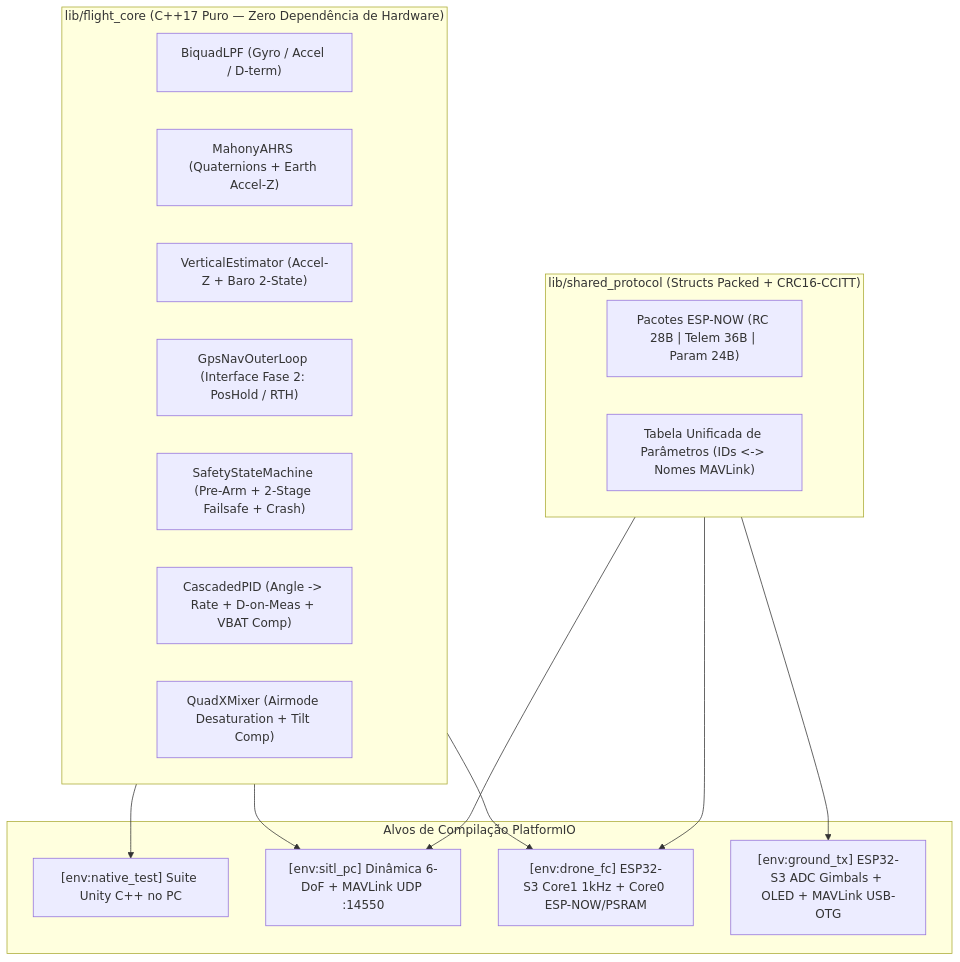
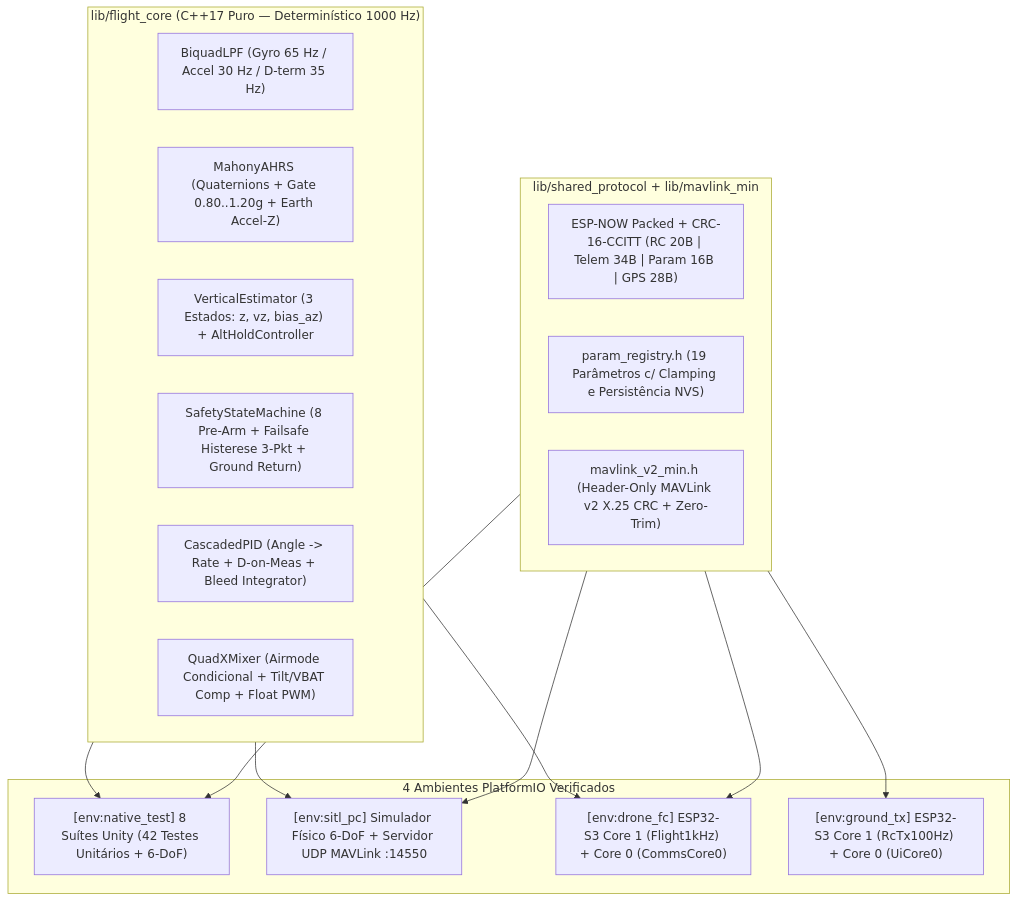
The first of 2 diagrams in docs/arquitetura_software_esp32s3.md (CaioPSSS/esp32s3-quad450), drawn with Mermaid before and after one commit. The commit also changed other lines of this file and 28 other files, not shown here.

````diff
--- a/docs/arquitetura_software_esp32s3.md
+++ b/docs/arquitetura_software_esp32s3.md
@@ -14,31 +11,32 @@
 ```mermaid
 flowchart TB
-    subgraph CORE ["lib/flight_core (C++17 Puro — Zero Dependência de Hardware)"]
-        FILT["BiquadLPF (Gyro / Accel / D-term)"]
-        AHRS["MahonyAHRS (Quaternions + Earth Accel-Z)"]
-        ALT["VerticalEstimator (Accel-Z + Baro 2-State)"]
-        NAV["GpsNavOuterLoop (Interface Fase 2: PosHold / RTH)"]
-        FSM["SafetyStateMachine (Pre-Arm + 2-Stage Failsafe + Crash)"]
-        PID["CascadedPID (Angle -> Rate + D-on-Meas + VBAT Comp)"]
-        MIX["QuadXMixer (Airmode Desaturation + Tilt Comp)"]
+    subgraph CORE ["lib/flight_core (C++17 Puro — Determinístico 1000 Hz)"]
+        FILT["BiquadLPF (Gyro 65 Hz / Accel 30 Hz / D-term 35 Hz)"]
+        AHRS["MahonyAHRS (Quaternions + Gate 0.80..1.20g + Earth Accel-Z)"]
+        ALT["VerticalEstimator (3 Estados: z, vz, bias_az) + AltHoldController"]
+        FSM["SafetyStateMachine (8 Pre-Arm + Failsafe Histerese 3-Pkt + Ground Return)"]
+        PID["CascadedPID (Angle -> Rate + D-on-Meas + Bleed Integrator)"]
+        MIX["QuadXMixer (Airmode Condicional + Tilt/VBAT Comp + Float PWM)"]
     end
 
-    subgraph PROTO ["lib/shared_protocol (Structs Packed + CRC16-CCITT)"]
-        PKT["Pacotes ESP-NOW (RC 28B | Telem 36B | Param 24B)"]
-        PAR["Tabela Unificada de Parâmetros (IDs <-> Nomes MAVLink)"]
+    subgraph PROTO ["lib/shared_protocol + lib/mavlink_min"]
+        PKT["ESP-NOW Packed + CRC-16-CCITT (RC 20B | Telem 34B | Param 16B | GPS 28B)"]
+        PAR["param_registry.h (19 Parâmetros c/ Clamping e Persistência NVS)"]
+        MAV["mavlink_v2_min.h (Header-Only MAVLink v2 X.25 CRC + Zero-Trim)"]
     end
 
-    subgraph TARGETS ["Alvos de Compilação PlatformIO"]
-        T1["[env:native_test] Suite Unity C++ no PC"]
-        T2["[env:sitl_pc] Dinâmica 6-DoF + MAVLink UDP :14550"]
-        T3["[env:drone_fc] ESP32-S3 Core1 1kHz + Core0 ESP-NOW/PSRAM"]
-        T4["[env:ground_tx] ESP32-S3 ADC Gimbals + OLED + MAVLink USB-OTG"]
+    subgraph TARGETS ["4 Ambientes PlatformIO Verificados"]
+        T1["[env:native_test] 8 Suítes Unity (42 Testes Unitários + 6-DoF)"]
+        T2["[env:sitl_pc] Simulador Físico 6-DoF + Servidor UDP MAVLink :14550"]
+        T3["[env:drone_fc] ESP32-S3 Core 1 (Flight1kHz) + Core 0 (CommsCore0)"]
+        T4["[env:ground_tx] ESP32-S3 Core 1 (RcTx100Hz) + Core 0 (UiCore0)"]
     end
 
     CORE --> T1
     CORE --> T2
     CORE --> T3
+    PROTO --> T1
     PROTO --> T2
     PROTO --> T3
     PROTO --> T4
 ```
````
